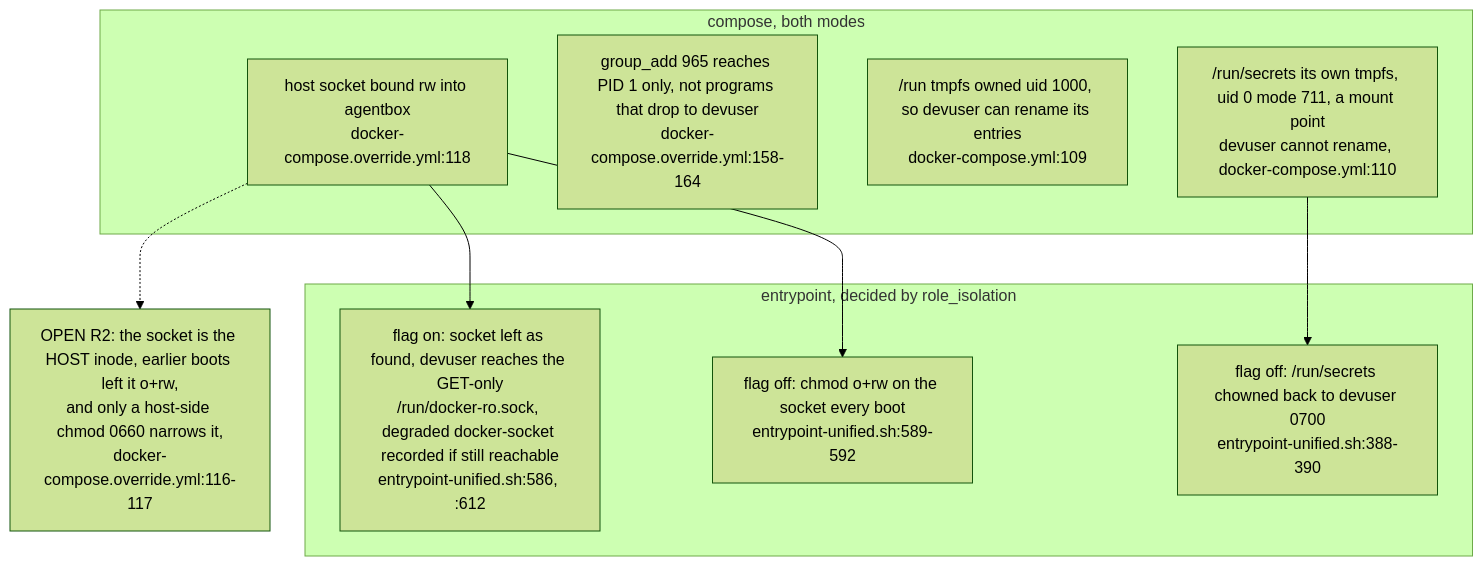
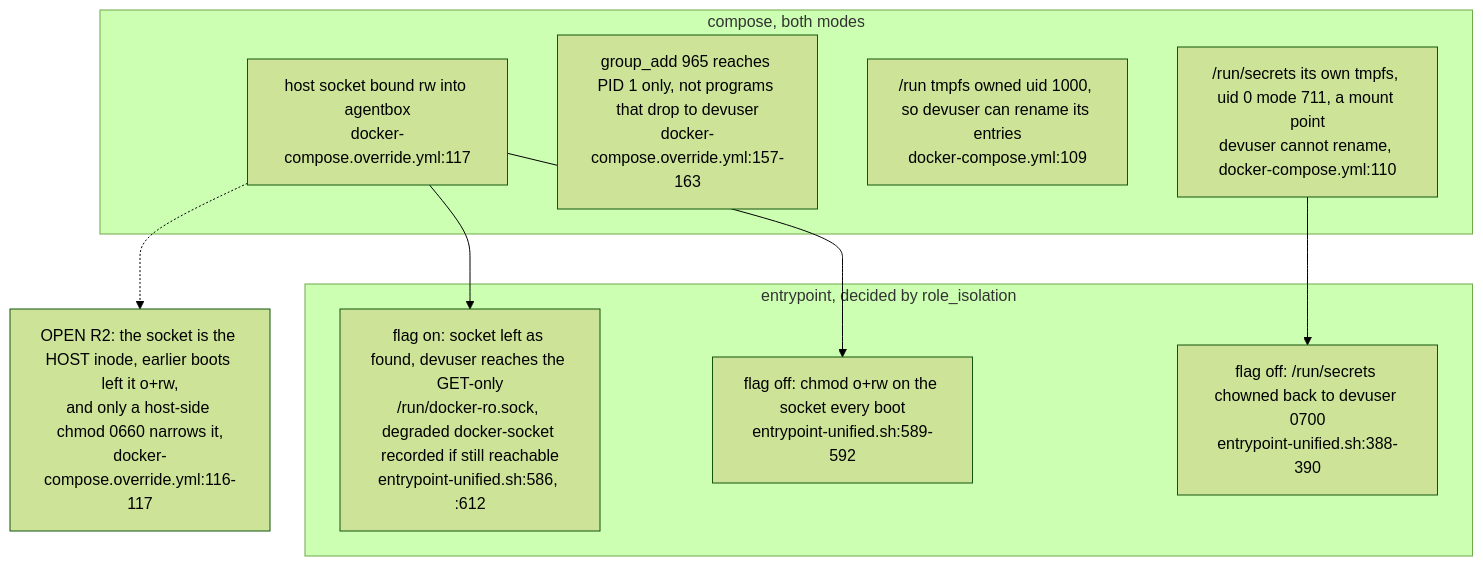
Diagram 13 of 13 in docs/diagrams/agentbox/06-sidecars-and-compose-overlays.md (DreamLab-AI/VisionFlow), drawn with Mermaid (forest theme) before and after one commit. The commit also changed other lines of this file and 111 other files, not shown here.

Commit message:
docs(diagrams): align estate maps with current source

````diff
--- a/docs/diagrams/agentbox/06-sidecars-and-compose-overlays.md
+++ b/docs/diagrams/agentbox/06-sidecars-and-compose-overlays.md
@@ -373,18 +373,18 @@
 ```mermaid
 flowchart TB
     subgraph COMPOSE["compose, both modes"]
-        S1["host socket bound rw into agentbox<br/>docker-compose.override.yml:118"]
-        S2["group_add 965 reaches PID 1 only, not programs that drop to devuser<br/>docker-compose.override.yml:158-164"]
+        S1["host socket bound rw into agentbox<br/>docker-compose.override.yml:117"]
+        S2["group_add 965 reaches PID 1 only, not programs that drop to devuser<br/>docker-compose.override.yml:157-163"]
         M1["/run tmpfs owned uid 1000, so devuser can rename its entries<br/>docker-compose.yml:109"]
         M2["/run/secrets its own tmpfs, uid 0 mode 711, a mount point<br/>devuser cannot rename, docker-compose.yml:110"]
     end
     subgraph BOOT["entrypoint, decided by role_isolation"]
         E0["flag off: chmod o+rw on the socket every boot<br/>entrypoint-unified.sh:589-592"]
         E1["flag on: socket left as found, devuser reaches the GET-only<br/>/run/docker-ro.sock, degraded docker-socket recorded if still reachable<br/>entrypoint-unified.sh:586, :612"]
         E2["flag off: /run/secrets chowned back to devuser 0700<br/>entrypoint-unified.sh:388-390"]
     end
     S1 --> E0
     S1 --> E1
     M2 --> E2
     S1 -.-> R2["OPEN R2: the socket is the HOST inode, earlier boots left it o+rw,<br/>and only a host-side chmod 0660 narrows it,<br/>docker-compose.override.yml:116-117"]
 ```
````
